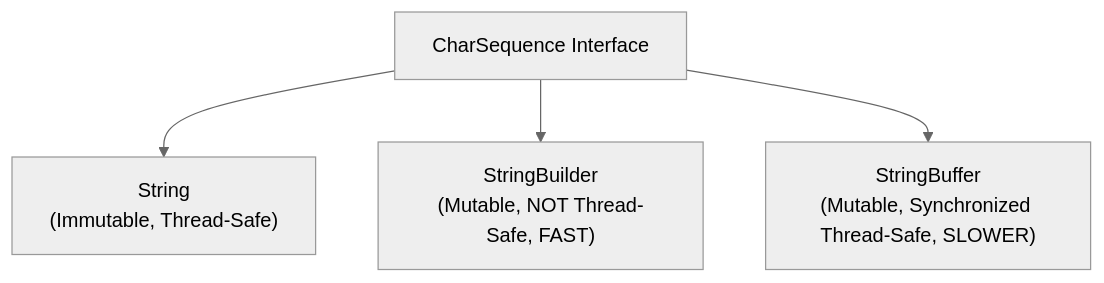
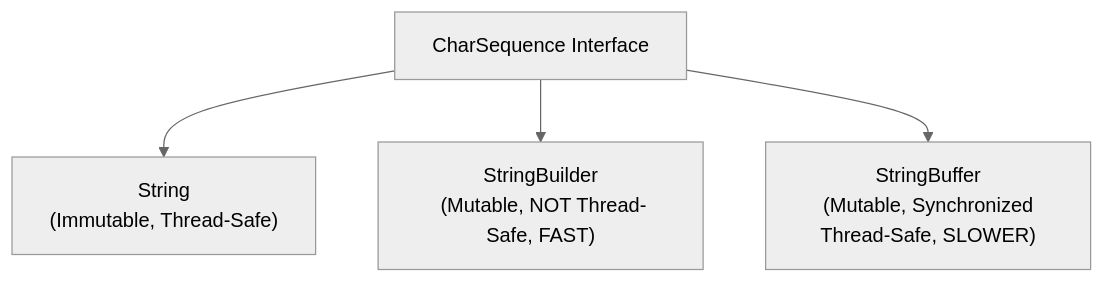
The diagram in content/questions/language/java/java-string-vs-stringbuilder-stringbuffer.md (pploc/swe-icon-the-moment), drawn with Mermaid (neutral theme) before and after one commit. The commit also changed 95 other files, not shown here.

Commit message:
fix: update the practice mode diagram bug not display

````diff
--- a/content/questions/language/java/java-string-vs-stringbuilder-stringbuffer.md
+++ b/content/questions/language/java/java-string-vs-stringbuilder-stringbuffer.md
@@ -22,9 +22,10 @@
 ```mermaid
 flowchart TD
     CharSeq["CharSequence Interface"]
-    CharSeq --> String["String\n(Immutable, Thread-Safe)"]
-    CharSeq --> SB["StringBuilder\n(Mutable, NOT Thread-Safe, FAST)"]
-    CharSeq --> SBuffer["StringBuffer\n(Mutable, Synchronized Thread-Safe, SLOWER)"]
+    CharSeq --> String["String\n (Immutable, Thread-Safe)"]
+    CharSeq --> SB["StringBuilder\n (Mutable, NOT Thread-Safe, FAST)"]
+    CharSeq --> SBuffer["StringBuffer\n (Mutable, Synchronized Thread-Safe, SLOWER)"]
+
 
 
 ```
````
